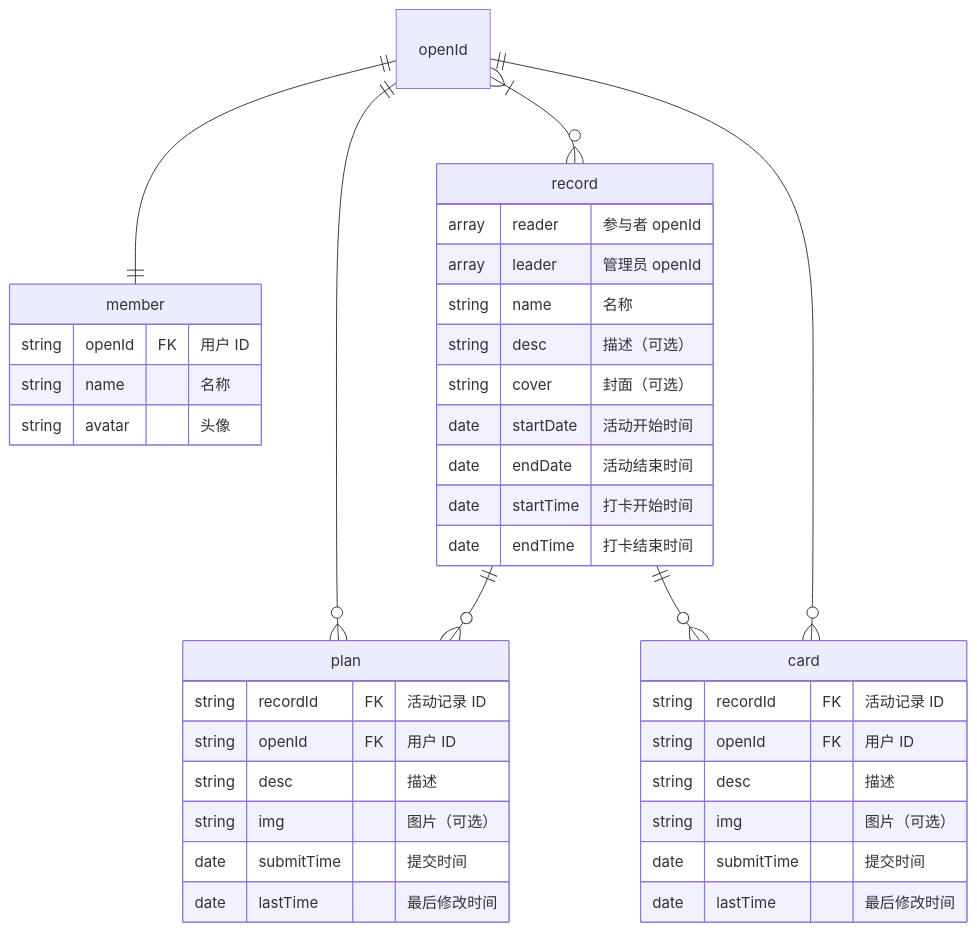
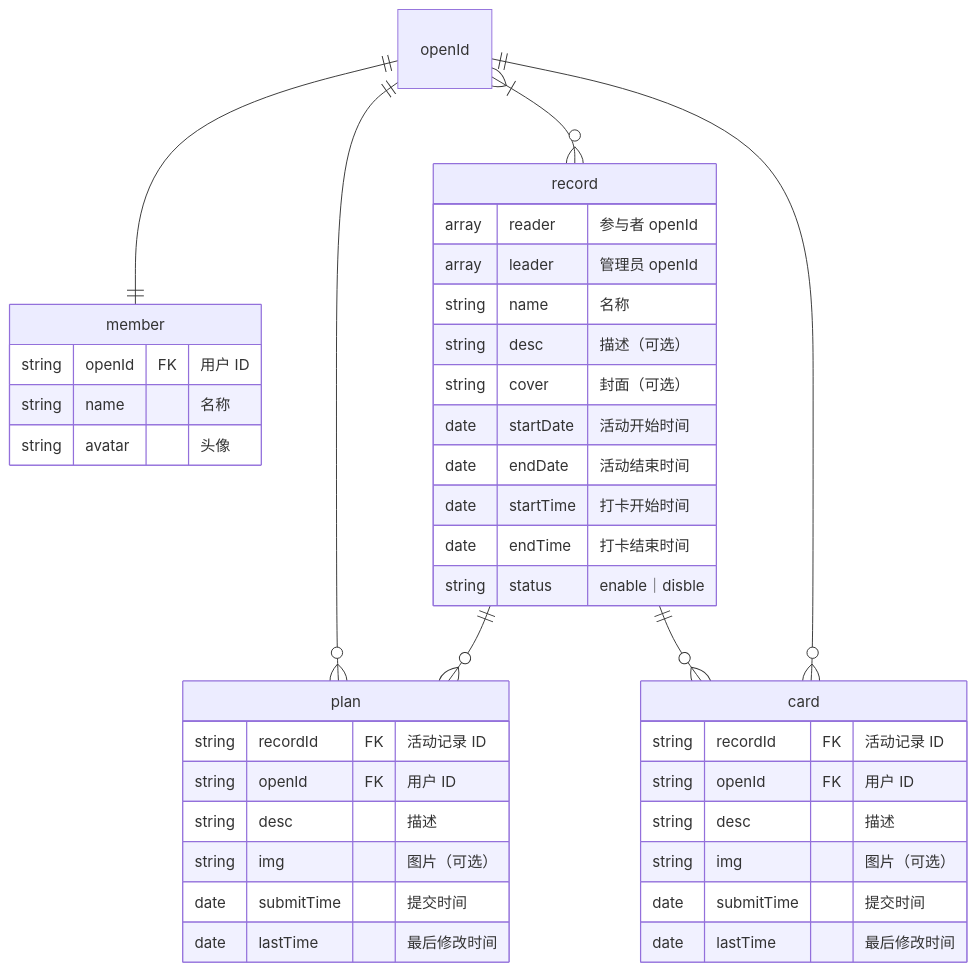
The diagram in doc/开发文档.md (liang-n/juan-card), drawn with Mermaid before and after one commit.

Commit message:
增加status字段控制活动记录状态

````diff
--- a/doc/开发文档.md
+++ b/doc/开发文档.md
@@ -24,42 +24,43 @@
 ```mermaid
 erDiagram
   openId ||--|| member : ""
   openId }|--o{ record : ""
   openId ||--o{ plan : ""
   record ||--o{ plan : ""
   record ||--o{ card : ""
   openId ||--o{ card : ""
 
   member {
     string openId FK "用户 ID"
     string name "名称"
     string avatar "头像"
   }
   record {
     array reader "参与者 openId"
     array leader "管理员 openId"
     string name "名称"
     string desc "描述（可选）"
     string cover "封面（可选）"
     date startDate "活动开始时间"
     date endDate "活动结束时间"
     date startTime "打卡开始时间"
     date endTime "打卡结束时间"
-  }
+    string status "enable｜disble"
+ }
   plan {
     string recordId FK "活动记录 ID"
     string openId FK "用户 ID"
     string desc "描述"
     string img "图片（可选）"
     date submitTime "提交时间"
     date lastTime "最后修改时间"
   }
   card {
     string recordId FK "活动记录 ID"
     string openId FK "用户 ID"
     string desc "描述"
     string img "图片（可选）"
     date submitTime "提交时间"
     date lastTime "最后修改时间"
   }
 ```
````
